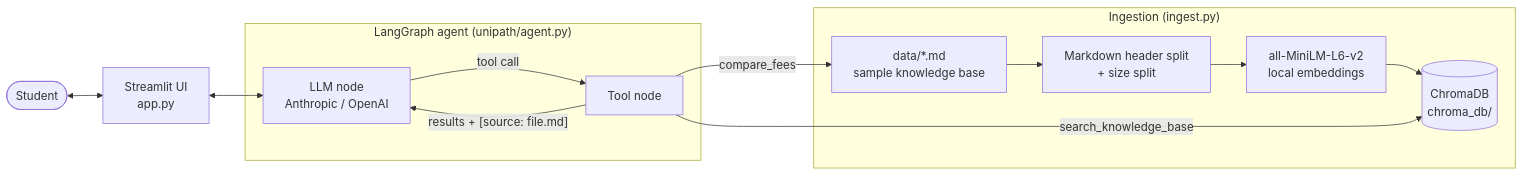
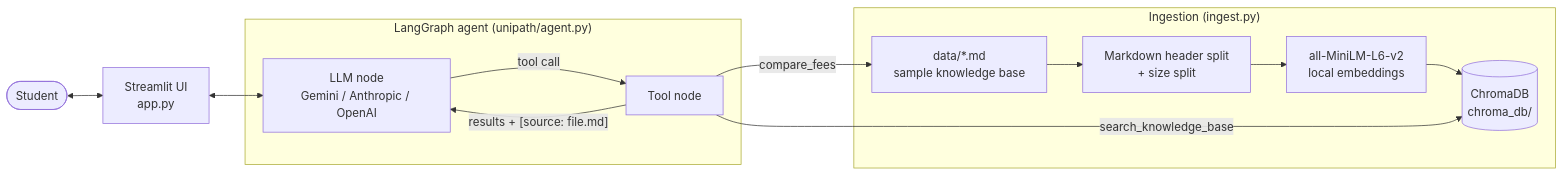
Before and after one commit to okba-bouziane/UniPath: the diagram in README.md, drawn with Mermaid. The commit also changed other lines of this file and 5 other files, not shown here.

Commit message:
Add Google Gemini as an LLM provider (default gemini-3.1-flash-lite); document 10/10 eval result

````diff
--- a/README.md
+++ b/README.md
@@ -31,18 +31,18 @@
 ```mermaid
 flowchart LR
     subgraph Ingestion["Ingestion (ingest.py)"]
         MD["data/*.md<br/>sample knowledge base"] --> SPLIT["Markdown header split<br/>+ size split"]
         SPLIT --> EMB["all-MiniLM-L6-v2<br/>local embeddings"]
         EMB --> DB[("ChromaDB<br/>chroma_db/")]
     end
 
     subgraph Agent["LangGraph agent (unipath/agent.py)"]
-        LLM["LLM node<br/>Anthropic / OpenAI"] -- tool call --> TOOLS["Tool node"]
+        LLM["LLM node<br/>Gemini / Anthropic / OpenAI"] -- tool call --> TOOLS["Tool node"]
         TOOLS -- results + [source: file.md] --> LLM
     end
 
     USER(["Student"]) <--> UI["Streamlit UI<br/>app.py"]
     UI <--> LLM
     TOOLS -- search_knowledge_base --> DB
     TOOLS -- compare_fees --> MD
 ```
````
